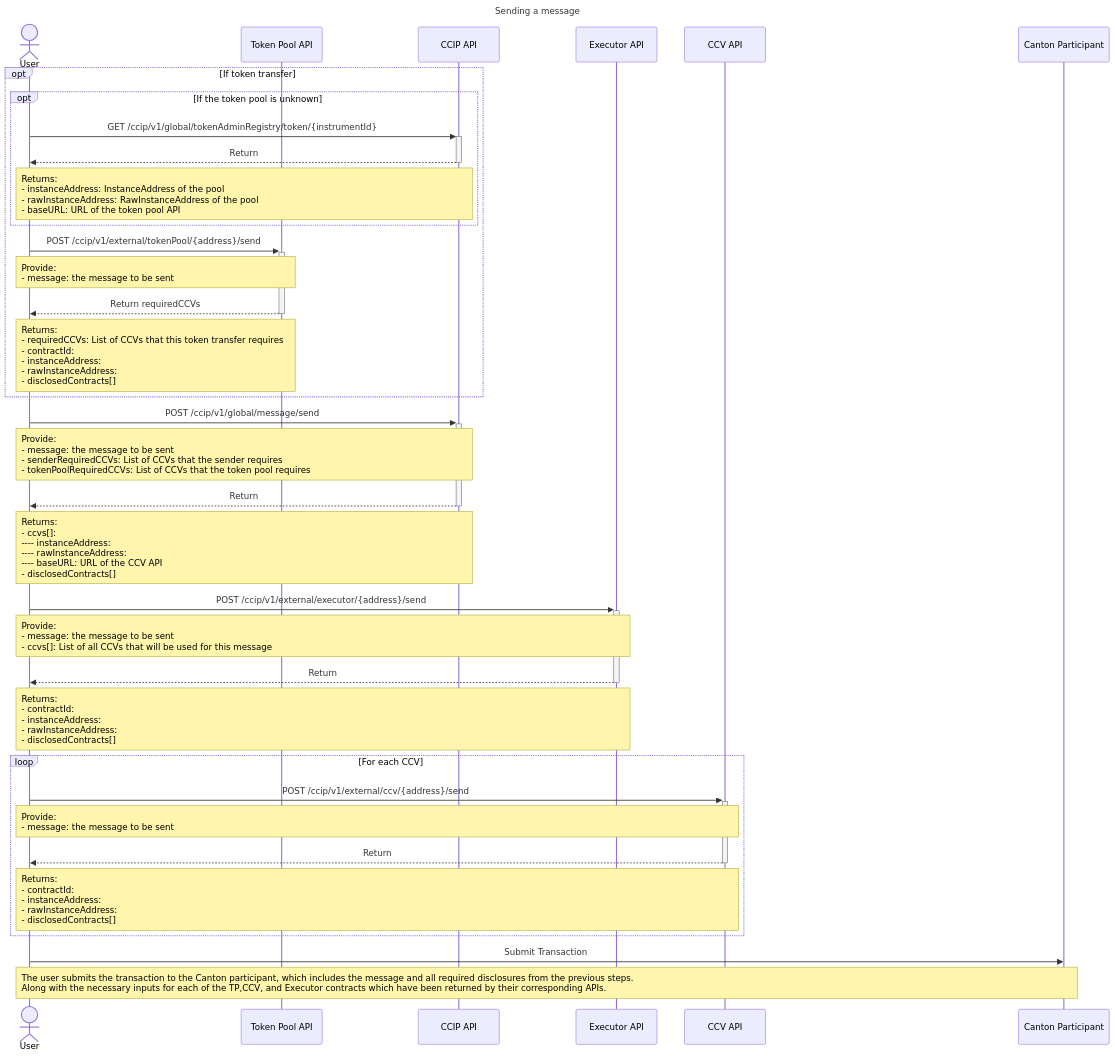
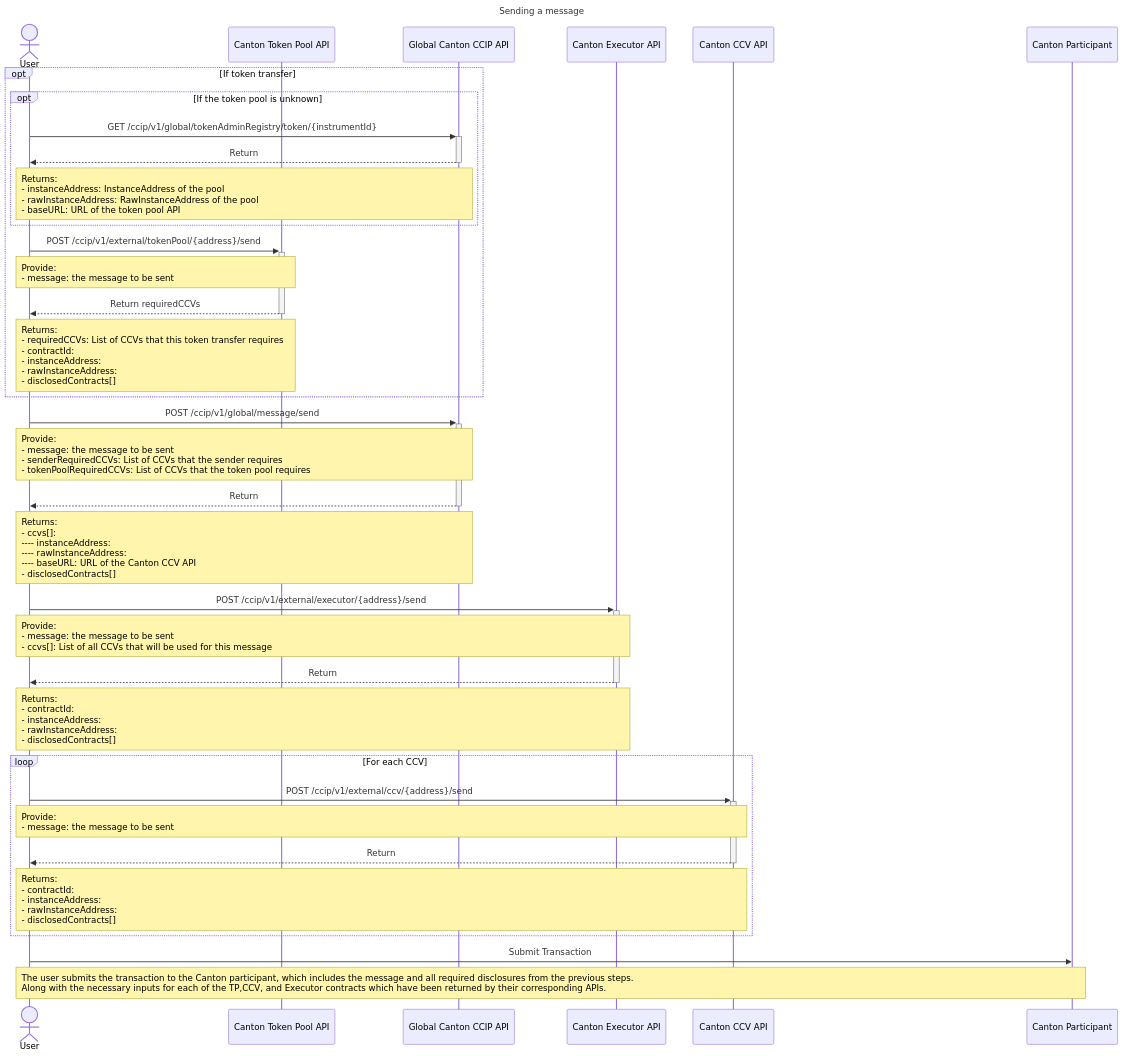
The first of 2 diagrams in openapi/src/eds/README.md (smartcontractkit/chainlink-canton), drawn with Mermaid before and after one commit. The commit also changed other lines of this file and 5 other files, not shown here.

````diff
--- a/openapi/src/eds/README.md
+++ b/openapi/src/eds/README.md
@@ -150,53 +150,53 @@
 ```mermaid
 ---
 title: Sending a message
 config:
     sequence:
         messageAlign: center
         noteAlign: left
         noteMargin: 10
     
 ---
 
 sequenceDiagram
     actor User
-    participant TP as Token Pool API
-    participant CCIP as CCIP API
-    participant Executor as Executor API
-    participant CCV as CCV API
+    participant TP as Canton Token Pool API
+    participant CCIP as Global Canton CCIP API
+    participant Executor as Canton Executor API
+    participant CCV as Canton CCV API
     participant Canton as Canton Participant
 
     opt If token transfer
         opt If the token pool is unknown
             User ->>+ CCIP: GET /ccip/v1/global/tokenAdminRegistry/token/{instrumentId}
             CCIP -->>- User: Return
             note over User, CCIP: Returns: <br/> - instanceAddress: InstanceAddress of the pool <br/> - rawInstanceAddress: RawInstanceAddress of the pool <br/> - baseURL: URL of the token pool API
         end
 
         User ->>+ TP: POST /ccip/v1/external/tokenPool/{address}/send
         note over User, TP: Provide: <br/> - message: the message to be sent
         TP -->>- User: Return requiredCCVs
         note over User, TP: Returns: <br/> - requiredCCVs: List of CCVs that this token transfer requires <br/> - contractId: <br/> - instanceAddress: <br/> - rawInstanceAddress: <br/> - disclosedContracts[]
     end
 
     User ->>+ CCIP: POST /ccip/v1/global/message/send
     note over User, CCIP: Provide: <br/> - message: the message to be sent <br/> - senderRequiredCCVs: List of CCVs that the sender requires <br/> - tokenPoolRequiredCCVs: List of CCVs that the token pool requires
     CCIP -->>- User: Return
-    note over User, CCIP: Returns: <br/> - ccvs[]: <br/> ---- instanceAddress: <br/> ---- rawInstanceAddress: <br/> ---- baseURL: URL of the CCV API <br/> - disclosedContracts[]
+    note over User, CCIP: Returns: <br/> - ccvs[]: <br/> ---- instanceAddress: <br/> ---- rawInstanceAddress: <br/> ---- baseURL: URL of the Canton CCV API <br/> - disclosedContracts[]
 
     User ->>+ Executor: POST /ccip/v1/external/executor/{address}/send
     note over User, Executor: Provide: <br/> - message: the message to be sent <br/> - ccvs[]: List of all CCVs that will be used for this message
     Executor -->>- User: Return
     note over User, Executor: Returns: <br/> - contractId: <br/> - instanceAddress: <br/> - rawInstanceAddress: <br/> - disclosedContracts[]
 
     loop For each CCV
         User ->>+ CCV: POST /ccip/v1/external/ccv/{address}/send
         note over User, CCV: Provide: <br/> - message: the message to be sent
         CCV -->>- User: Return
         note over User, CCV: Returns: <br/> - contractId: <br/> - instanceAddress: <br/> - rawInstanceAddress: <br/> - disclosedContracts[]
     end
 
     User ->> Canton: Submit Transaction
     note over User, Canton: The user submits the transaction to the Canton participant, which includes the message and all required disclosures from the previous steps. <br/> Along with the necessary inputs for each of the TP,CCV, and Executor contracts which have been returned by their corresponding APIs.
 
 ```
````
